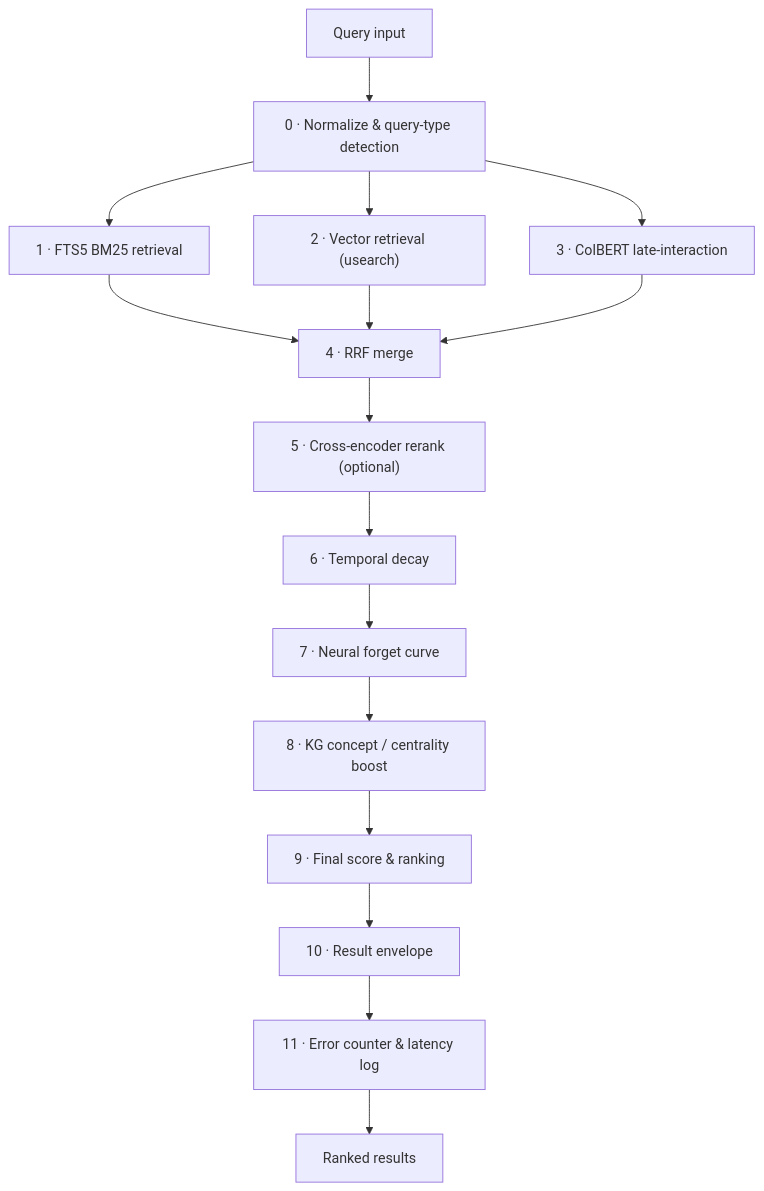
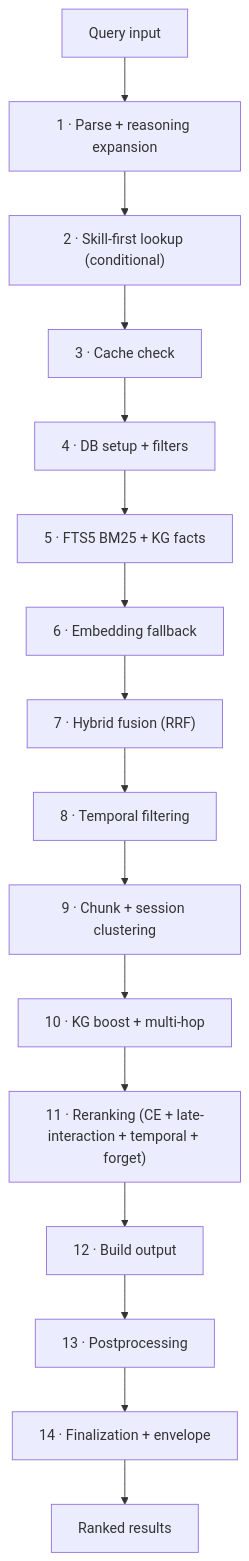
One commit to ArkaAiAdmin/Agentic-Memory changed the diagram in docs/concepts/search-pipeline.md. Above: the diagram before and after it, drawn with Mermaid. The commit also changed other lines of this file and 17 other files, not shown here.

````diff
--- a/docs/concepts/search-pipeline.md
+++ b/docs/concepts/search-pipeline.md
@@ -39,18 +49,18 @@
 ```mermaid
 flowchart TD
-    Q["Query input"] --> P0["0 · Normalize & query-type detection"]
-    P0 --> P1["1 · FTS5 BM25 retrieval"]
-    P0 --> P2["2 · Vector retrieval (usearch)"]
-    P0 --> P3["3 · ColBERT late-interaction"]
-    P1 --> P4["4 · RRF merge"]
-    P2 --> P4
-    P3 --> P4
-    P4 --> P5["5 · Cross-encoder rerank (optional)"]
-    P5 --> P6["6 · Temporal decay"]
-    P6 --> P7["7 · Neural forget curve"]
-    P7 --> P8["8 · KG concept / centrality boost"]
-    P8 --> P9["9 · Final score & ranking"]
-    P9 --> P10["10 · Result envelope"]
-    P10 --> P11["11 · Error counter & latency log"]
-    P11 --> R["Ranked results"]
+    Q["Query input"] --> P1["1 · Parse + reasoning expansion"]
+    P1 --> P2["2 · Skill-first lookup (conditional)"]
+    P2 --> P3["3 · Cache check"]
+    P3 --> P4["4 · DB setup + filters"]
+    P4 --> P5["5 · FTS5 BM25 + KG facts"]
+    P5 --> P6["6 · Embedding fallback"]
+    P6 --> P7["7 · Hybrid fusion (RRF)"]
+    P7 --> P8["8 · Temporal filtering"]
+    P8 --> P9["9 · Chunk + session clustering"]
+    P9 --> P10["10 · KG boost + multi-hop"]
+    P10 --> P11["11 · Reranking (CE + late-interaction + temporal + forget)"]
+    P11 --> P12["12 · Build output"]
+    P12 --> P13["13 · Postprocessing"]
+    P13 --> P14["14 · Finalization + envelope"]
+    P14 --> R["Ranked results"]
 ```
````
